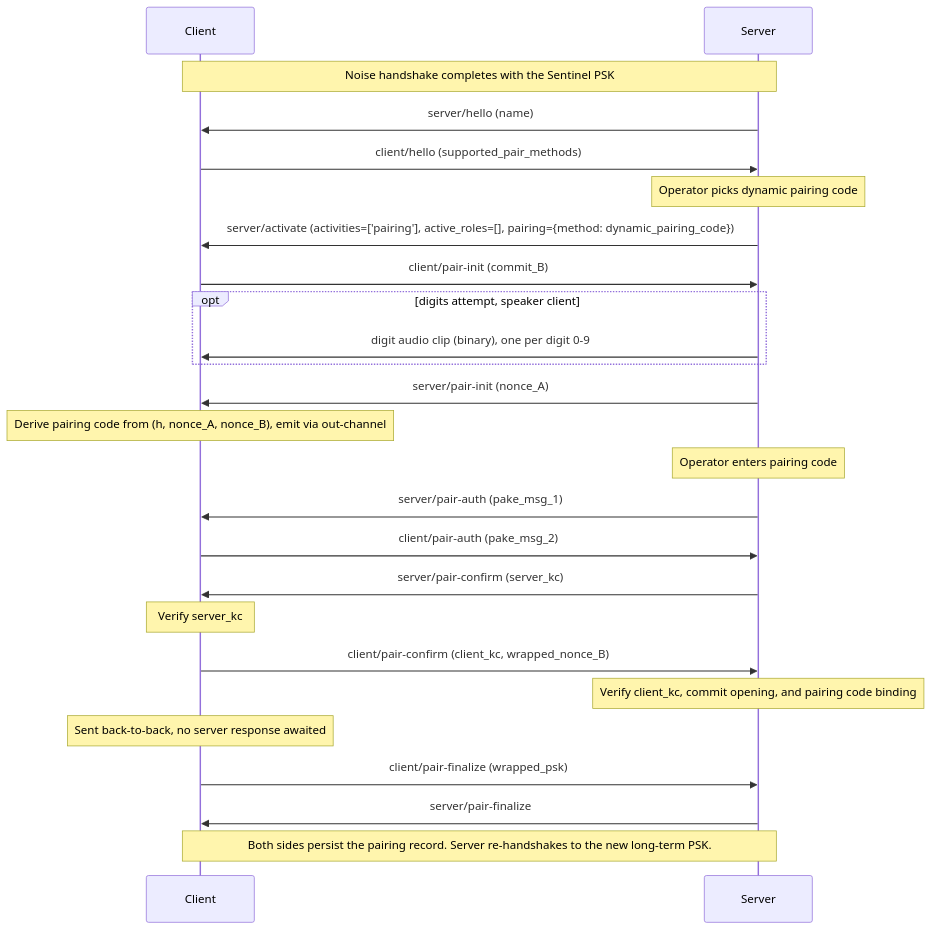
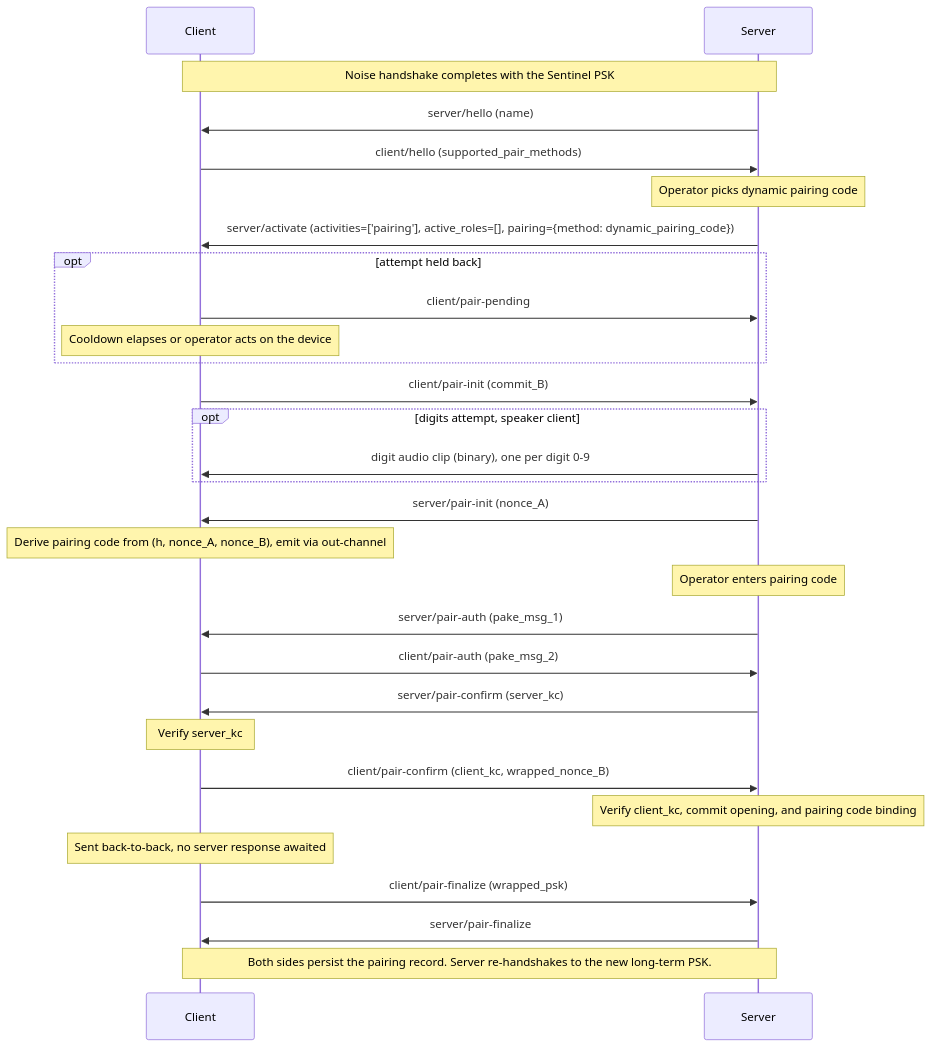
The third of 4 diagrams in README.md (Resonate-Protocol/spec), drawn with Mermaid before and after one commit. The commit also changed other lines of this file and 1 other file, not shown here.

Commit message:
Signal held-back dynamic attempts via `client/pair-pending`

````diff
--- a/README.md
+++ b/README.md
@@ -820,29 +820,33 @@
 ```mermaid
 sequenceDiagram
     participant Client
     participant Server
 
     Note over Client,Server: Noise handshake completes with the Sentinel PSK
 
     Server->>Client: server/hello (name)
     Client->>Server: client/hello (supported_pair_methods)
     Note over Server: Operator picks dynamic pairing code
     Server->>Client: server/activate (activities=['pairing'], active_roles=[], pairing={method: dynamic_pairing_code})
+    opt attempt held back
+        Client->>Server: client/pair-pending
+        Note over Client: Cooldown elapses or operator acts on the device
+    end
     Client->>Server: client/pair-init (commit_B)
     opt digits attempt, speaker client
         Server->>Client: digit audio clip (binary), one per digit 0-9
     end
     Server->>Client: server/pair-init (nonce_A)
     Note over Client: Derive pairing code from (h, nonce_A, nonce_B), emit via out-channel
     Note over Server: Operator enters pairing code
     Server->>Client: server/pair-auth (pake_msg_1)
     Client->>Server: client/pair-auth (pake_msg_2)
     Server->>Client: server/pair-confirm (server_kc)
     Note over Client: Verify server_kc
     Client->>Server: client/pair-confirm (client_kc, wrapped_nonce_B)
     Note over Server: Verify client_kc, commit opening, and pairing code binding
     Note over Client: Sent back-to-back, no server response awaited
     Client->>Server: client/pair-finalize (wrapped_psk)
     Server->>Client: server/pair-finalize
     Note over Client,Server: Both sides persist the pairing record. Server re-handshakes to the new long-term PSK.
 ```
````
